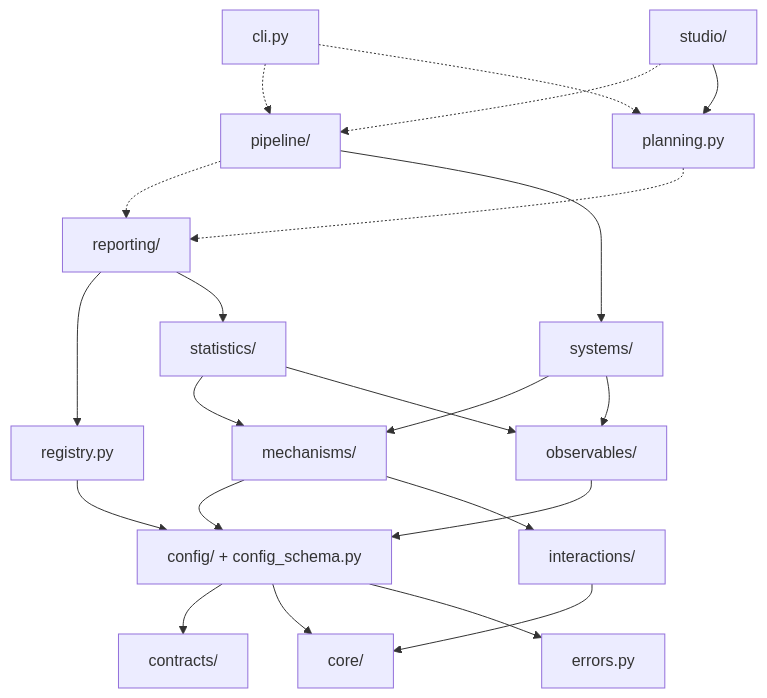
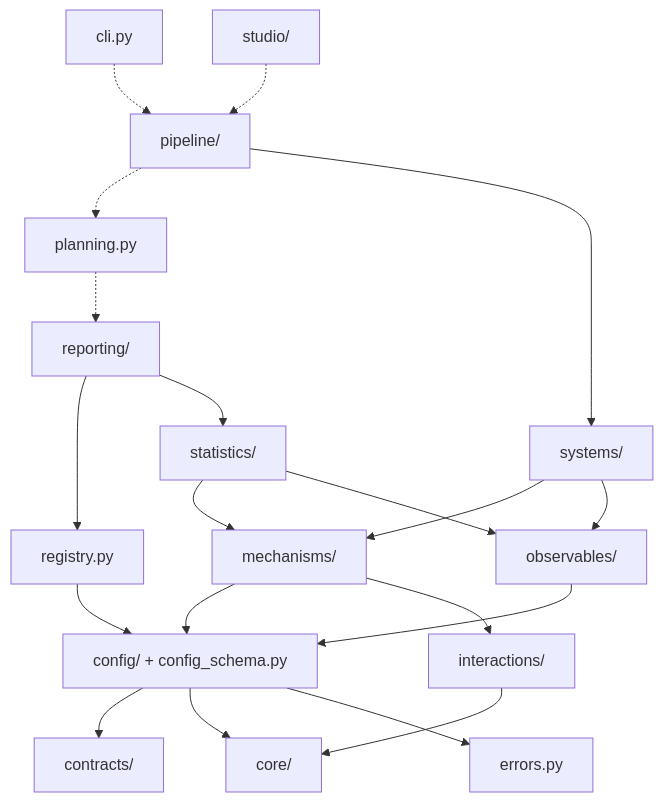
Before and after one commit to MarionQL/MDscope: the second of 2 diagrams in docs/developer/architecture.md, drawn with Mermaid. The commit also changed other lines of this file and 44 other files, not shown here.

````diff
--- a/docs/developer/architecture.md
+++ b/docs/developer/architecture.md
@@ -48,39 +48,37 @@
 ```mermaid
 flowchart TD
     cli["cli.py"]
     config_config_schema["config/ + config_schema.py"]
     contracts["contracts/"]
     core["core/"]
     errors["errors.py"]
     interactions["interactions/"]
     mechanisms["mechanisms/"]
     observables["observables/"]
     pipeline["pipeline/"]
     planning["planning.py"]
     registry["registry.py"]
     reporting["reporting/"]
     statistics["statistics/"]
     studio["studio/"]
     systems["systems/"]
     cli -.-> pipeline
-    cli -.-> planning
     config_config_schema --> contracts
     config_config_schema --> core
     config_config_schema --> errors
     interactions --> core
     mechanisms --> config_config_schema
     mechanisms --> interactions
     observables --> config_config_schema
-    pipeline -.-> reporting
+    pipeline -.-> planning
     pipeline --> systems
     planning -.-> reporting
     registry --> config_config_schema
     reporting --> registry
     reporting --> statistics
     statistics --> mechanisms
     statistics --> observables
     studio -.-> pipeline
-    studio --> planning
     systems --> mechanisms
     systems --> observables
 ```
````
